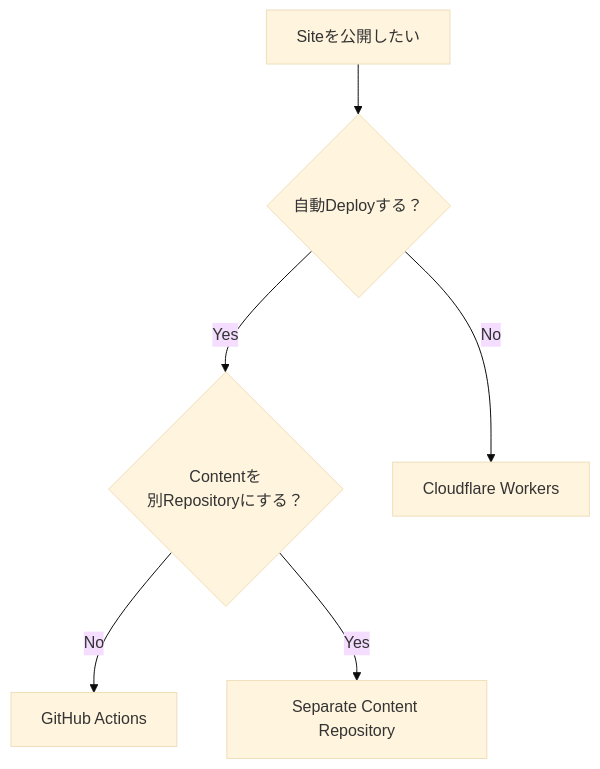
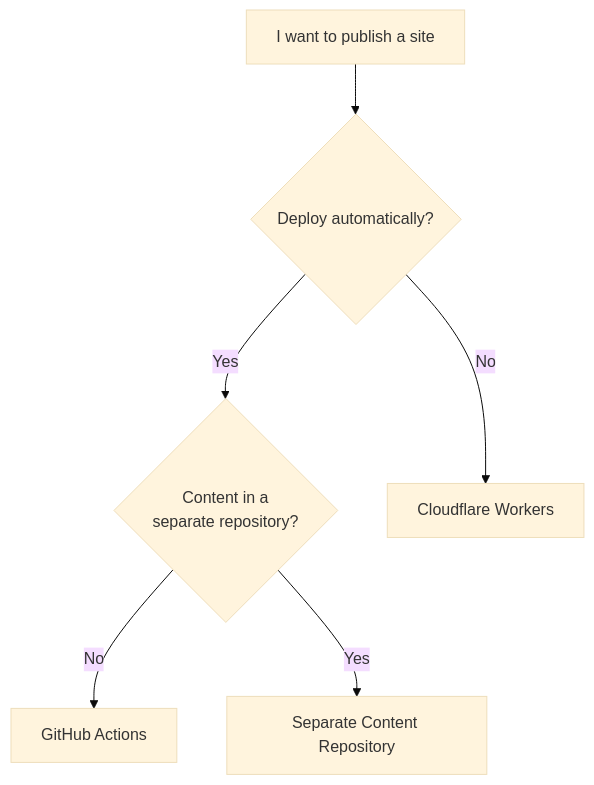
Before and after one commit to Rerurate514/riebeckite: the second of 2 diagrams in docs/docs/guides/deployment/README.md, drawn with Mermaid (base theme). The commit also changed other lines of this file and 604 other files, not shown here.

````diff
--- a/docs/docs/guides/deployment/README.md
+++ b/docs/docs/guides/deployment/README.md
@@ -39,12 +36,12 @@
 ```mermaid
 flowchart TD
-    Start["Siteを公開したい"]
-    Auto{"自動Deployする？"}
-    Separate{"Contentを<br/>別Repositoryにする？"}
+    Start["I want to publish a site"]
+    Auto{"Deploy automatically?"}
+    Separate{"Content in a<br/>separate repository?"}
 
     Start --> Auto
     Auto -->|"No"| Workers["Cloudflare Workers"]
     Auto -->|"Yes"| Separate
     Separate -->|"No"| Actions["GitHub Actions"]
     Separate -->|"Yes"| Content["Separate Content Repository"]
 ```
````
